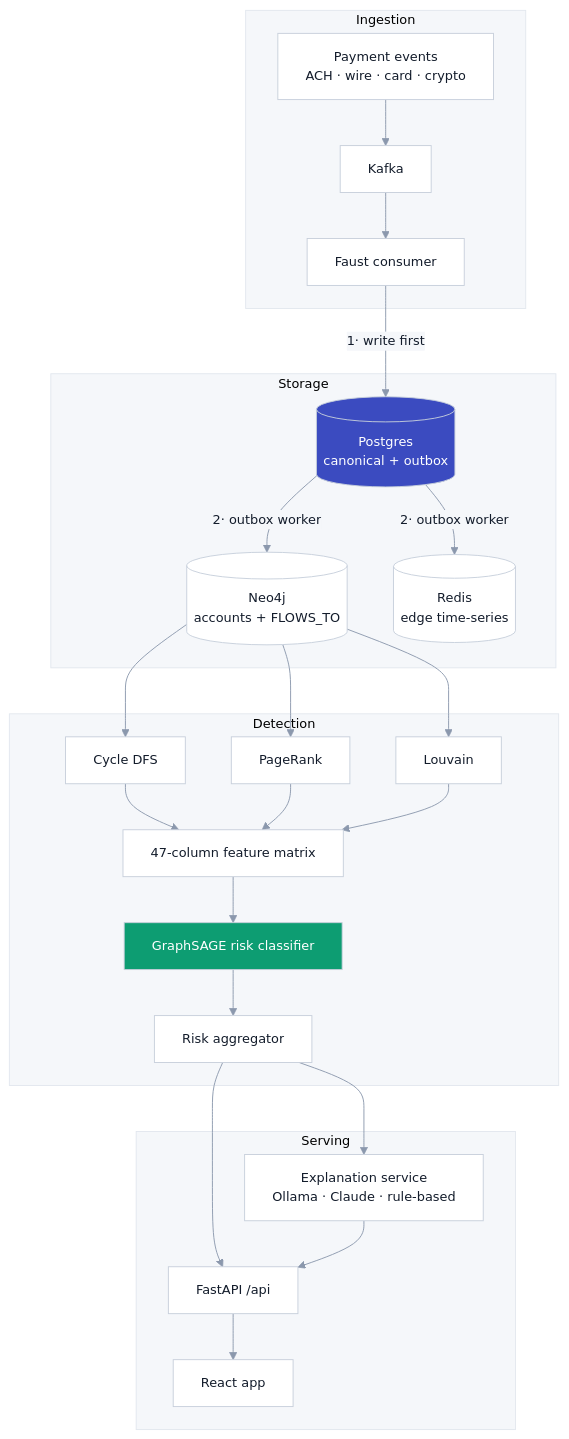
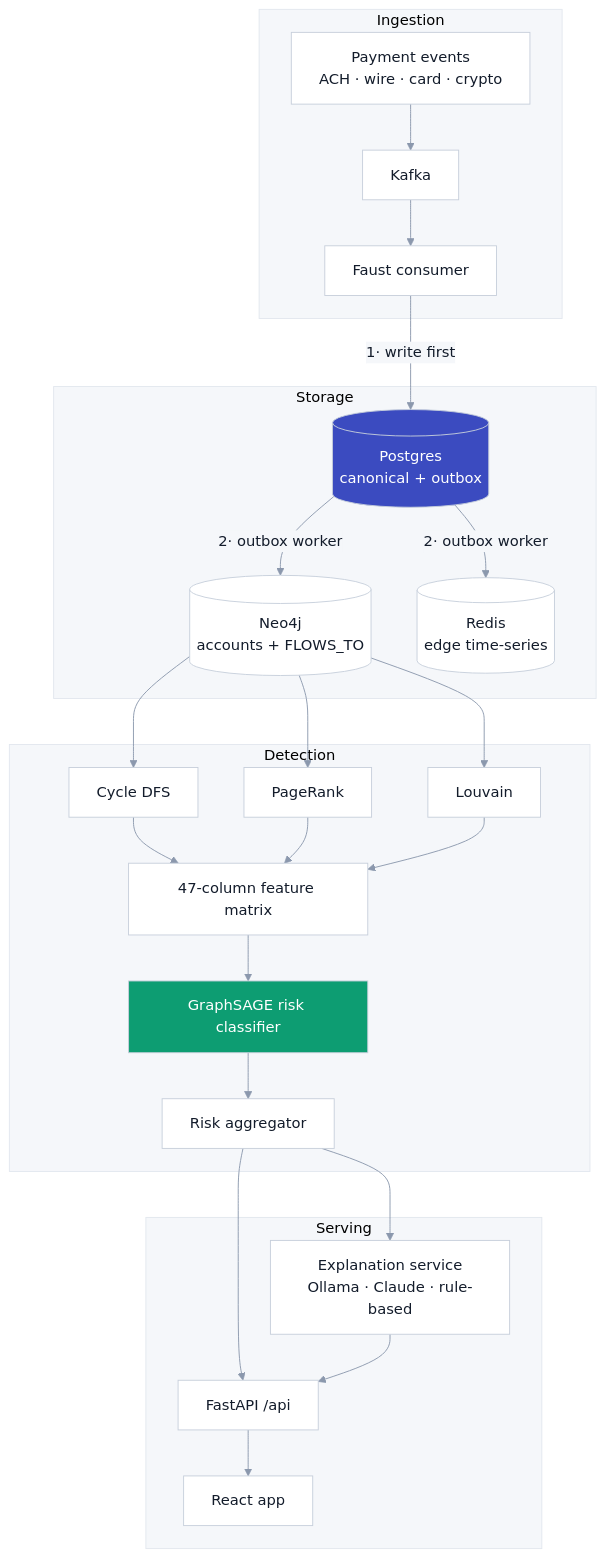
The first of 2 diagrams in README.md (PoneeshKumar/FlowGraph), drawn with Mermaid before and after one commit. The commit also changed other lines of this file, not shown here.

Commit message:
fix(docs): drop the mermaid font override that clipped node labels
Mermaid measured node widths in one font and rendered in another, cutting the last glyph off 'Faust consumer', 'GraphSAGE risk classifier' and others. The colour theming stays.

Claude-Session: https://claude.ai/code/session_018xPxkAKNFHoTWFQ7fMoqkc

````diff
--- a/README.md
+++ b/README.md
@@ -36,37 +36,36 @@
 ```mermaid
 %%{init: {'theme':'base','themeVariables':{
-  'fontFamily':'ui-sans-serif, system-ui, sans-serif','fontSize':'14px',
   'primaryColor':'#ffffff','primaryTextColor':'#131c2b','primaryBorderColor':'#c7cfdb',
   'lineColor':'#8b98ad','clusterBkg':'#f5f7fa','clusterBorder':'#e2e7ee',
   'edgeLabelBackground':'#f5f7fa'}}}%%
 flowchart TB
     subgraph ingest[Ingestion]
         E[Payment events<br/>ACH · wire · card · crypto] --> K[Kafka]
         K --> C[Faust consumer]
     end
 
     subgraph store[Storage]
         C -->|1· write first| P[(Postgres<br/>canonical + outbox)]
         P -->|2· outbox worker| N[(Neo4j<br/>accounts + FLOWS_TO)]
         P -->|2· outbox worker| R[(Redis<br/>edge time-series)]
     end
 
     subgraph detect[Detection]
         N --> CY[Cycle DFS]
         N --> PR[PageRank]
         N --> LV[Louvain]
         CY & PR & LV --> F[47-column feature matrix]
         F --> G[GraphSAGE risk classifier]
         G --> A[Risk aggregator]
     end
 
     subgraph serve[Serving]
         A --> API[FastAPI /api]
         A --> X[Explanation service<br/>Ollama · Claude · rule-based]
         X --> API
         API --> UI[React app]
     end
 
     style G fill:#0d9d72,color:#fff
     style P fill:#3b4bc0,color:#fff
 ```
````
